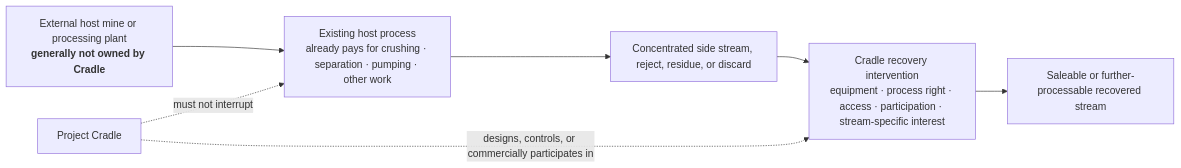
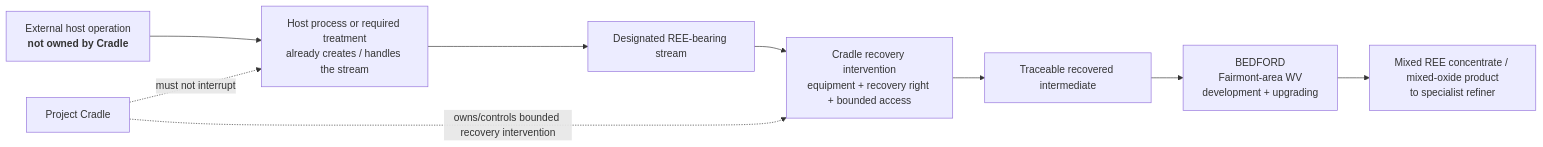
One commit to SquirmyWormy275/SABLEHARBOR changed the second of 2 diagrams in docs/organization/PROJECT_CRADLE.md. Above: the diagram before and after it, drawn with Mermaid. The commit also changed other lines of this file and 3 other files, not shown here.

Commit message:
Close Project Cradle canon

````diff
--- a/docs/organization/PROJECT_CRADLE.md
+++ b/docs/organization/PROJECT_CRADLE.md
@@ -30,13 +30,15 @@
 ```mermaid
 flowchart LR
-    HOST["External host mine or processing plant<br/><b>generally not owned by Cradle</b>"]
-    PROCESS["Existing host process<br/>already pays for crushing · separation · pumping · other work"]
-    STREAM["Concentrated side stream, reject, residue, or discard"]
-    RECOVERY["Cradle recovery intervention<br/>equipment · process right · access · participation · stream-specific interest"]
-    VALUE["Saleable or further-processable recovered stream"]
+    HOST["External host operation<br/><b>not owned by Cradle</b>"]
+    PROCESS["Host process or required treatment<br/>already creates / handles the stream"]
+    STREAM["Designated REE-bearing stream"]
+    RECOVERY["Cradle recovery intervention<br/>equipment + recovery right + bounded access"]
+    INT["Traceable recovered intermediate"]
+    BEDFORD["BEDFORD<br/>Fairmont-area WV<br/>development + upgrading"]
+    PRODUCT["Mixed REE concentrate / mixed-oxide product<br/>to specialist refiner"]
 
     HOST --> PROCESS --> STREAM
-    STREAM --> RECOVERY --> VALUE
-    CRADLE["Project Cradle"] -.->|designs, controls, or commercially participates in| RECOVERY
+    STREAM --> RECOVERY --> INT --> BEDFORD --> PRODUCT
+    CRADLE["Project Cradle"] -.->|owns/controls bounded recovery intervention| RECOVERY
     CRADLE -.->|must not interrupt| PROCESS
 ```
````
